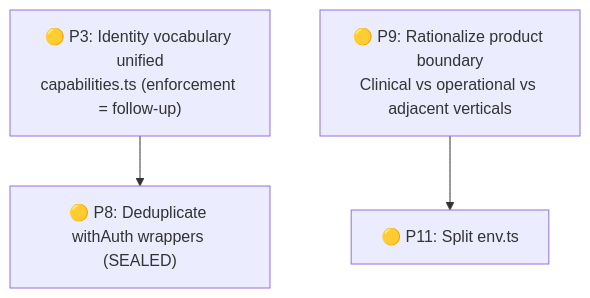
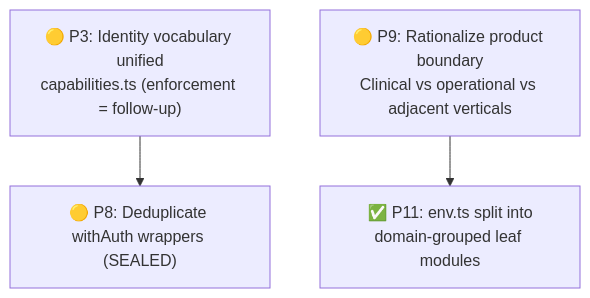
The diagram in alayse and acrchiculture/deep_dive_analysis.md (groupsmix/webs-alots), drawn with Mermaid before and after one commit. The commit also changed other lines of this file and 7 other files, not shown here.

First line of the commit message:
refactor(P11): split env.ts monolith into domain-grouped leaf modules

````diff
--- a/alayse and acrchiculture/deep_dive_analysis.md
+++ b/alayse and acrchiculture/deep_dive_analysis.md
@@ -152,10 +152,10 @@
 ```mermaid
 graph TD
     P3["🟡 P3: Identity vocabulary unified<br/>capabilities.ts (enforcement = follow-up)"]
     P8["🟡 P8: Deduplicate withAuth wrappers (SEALED)"]
     P9["🟡 P9: Rationalize product boundary<br/>Clinical vs operational vs adjacent verticals"]
-    P11["🟡 P11: Split env.ts"]
+    P11["✅ P11: env.ts split into<br/>domain-grouped leaf modules"]
 
     P3 --> P8
     P9 --> P11
 ```
````
